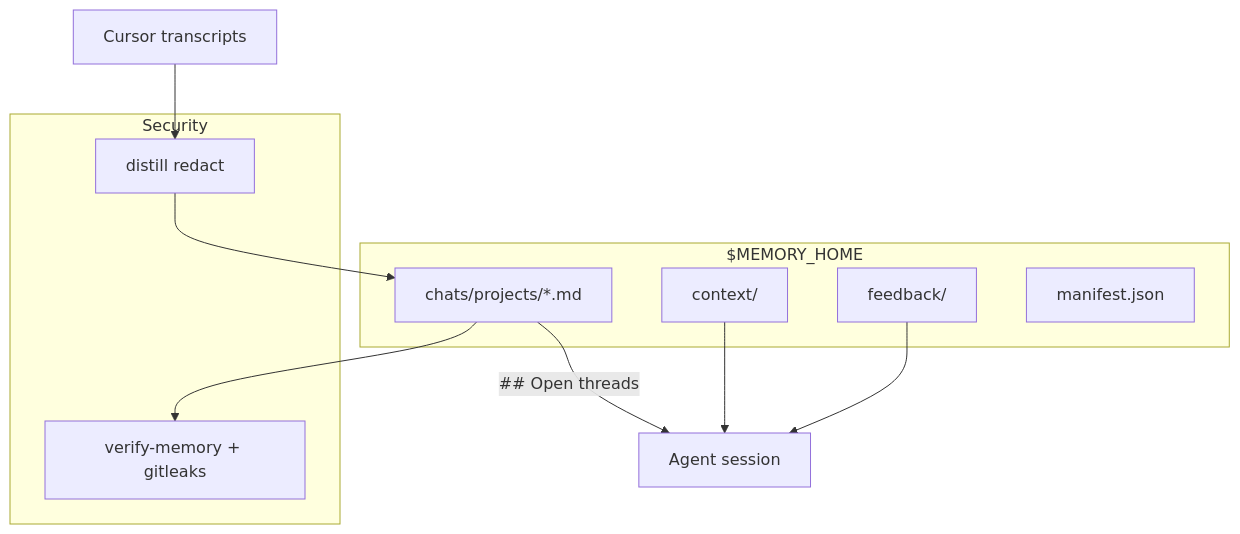
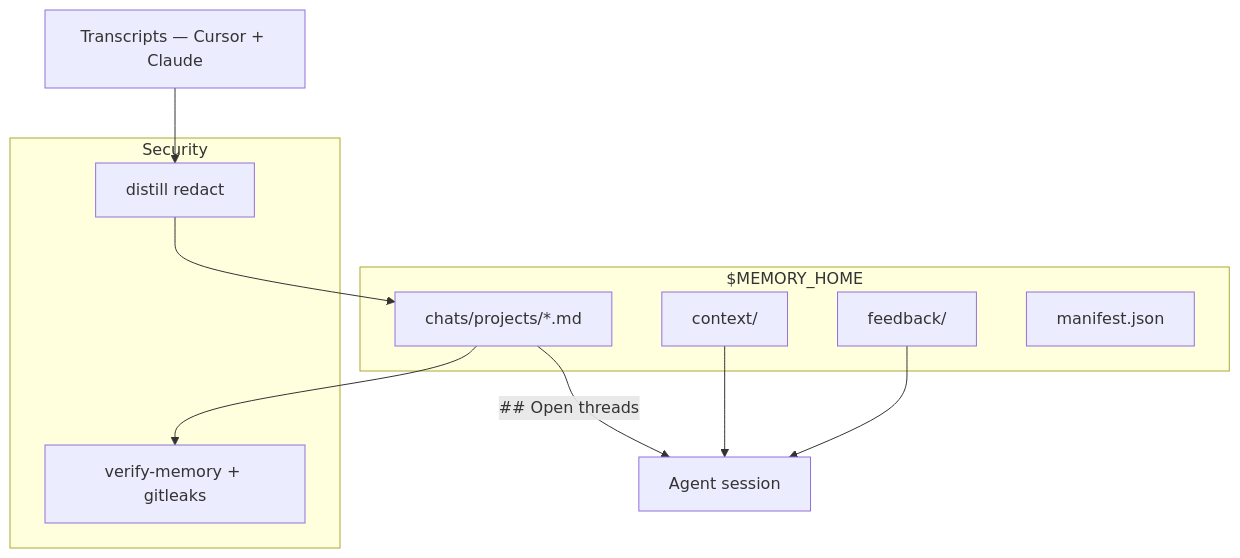
One commit to raphael-batte/unified-agent-memory changed the diagram in README.md. Above: the diagram before and after it, drawn with Mermaid. The commit also changed other lines of this file and 4 other files, not shown here.

````diff
--- a/README.md
+++ b/README.md
@@ -124,21 +152,21 @@
 ```mermaid
 flowchart TB
   subgraph hub ["$MEMORY_HOME"]
     GC[context/]
     FB[feedback/]
     CH["chats/projects/*.md"]
     MF[manifest.json]
   end
   subgraph guard ["Security"]
     RD[distill redact]
     VF[verify-memory + gitleaks]
   end
-  TR[Cursor transcripts]
+  TR[Transcripts — Cursor + Claude]
   AG[Agent session]
 
   TR --> RD --> CH
   CH --> VF
   CH -->|## Open threads| AG
   GC --> AG
   FB --> AG
 ```
````
